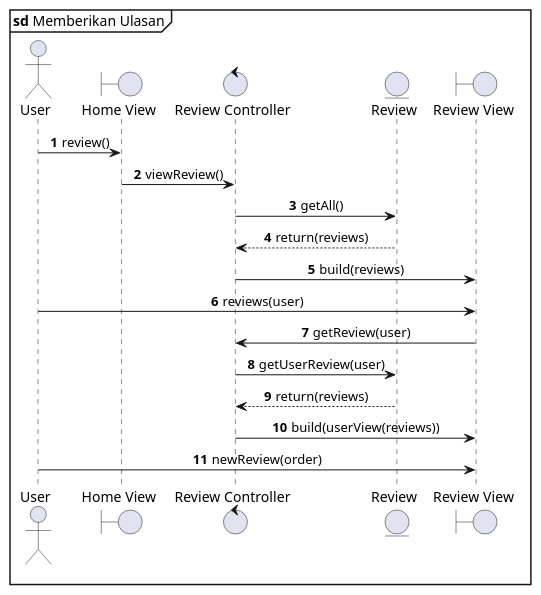
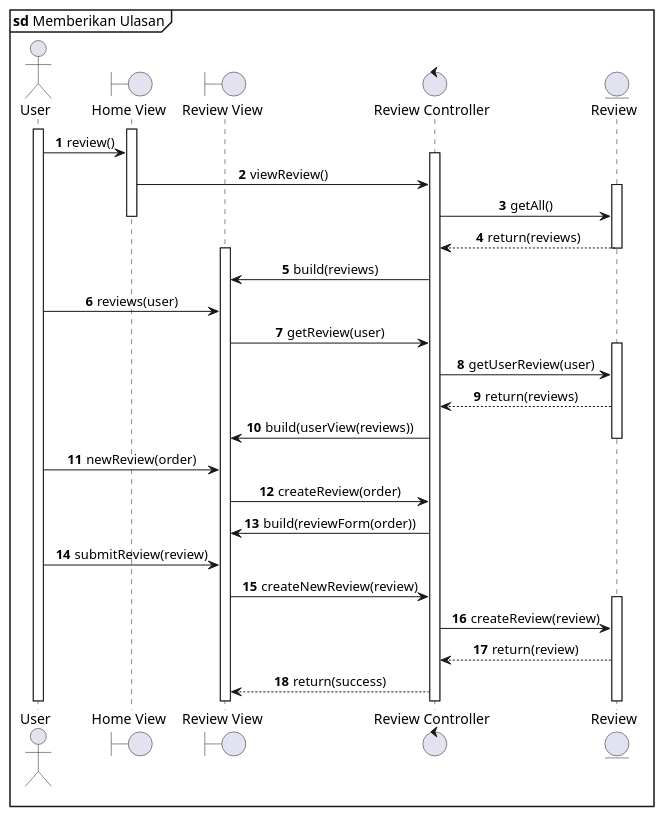
Before and after one commit to MF-Rozi/wisata-bumnag-TA: the diagram in mobile/Ulasan/give-ulasan.pu, drawn with PlantUML.

Commit message:
add: give-ulasan-sequence done

```diff
--- a/mobile/Ulasan/give-ulasan.pu
+++ b/mobile/Ulasan/give-ulasan.pu
@@ -1,37 +1,62 @@
 @startuml Memberikan Ulasan
 mainframe **sd** Memberikan Ulasan
 actor User
 boundary "Home View" as HomeView
+boundary "Review View" as ReviewView
 control "Review Controller" as ReviewController 
 entity Review as ReviewModel
-boundary "Review View" as ReviewView
-
 
 autonumber
 ' autoactivate on
 skinparam SequenceMessageAlignment center
 
+activate User
+activate HomeView
+
 User->HomeView: review()
+
+activate ReviewController
 HomeView->ReviewController: viewReview()
+
+
+activate ReviewModel
+
 ReviewController->ReviewModel: getAll()
+
+deactivate HomeView
+
 ReviewModel-->ReviewController: return(reviews)
+
+deactivate ReviewModel
+activate ReviewView
+
 ReviewController->ReviewView: build(reviews)
 User->ReviewView: reviews(user)
 ReviewView->ReviewController: getReview(user)
+activate ReviewModel
 ReviewController->ReviewModel: getUserReview(user)
 ReviewModel-->ReviewController: return(reviews)
 ReviewController->ReviewView: build(userView(reviews))
+deactivate ReviewModel
 User->ReviewView: newReview(order)
+ReviewView->ReviewController: createReview(order)
+ReviewController->ReviewView: build(reviewForm(order))
+User->ReviewView: submitReview(review)
+ReviewView->ReviewController: createNewReview(review)
+activate ReviewModel
+ReviewController->ReviewModel: createReview(review)
+ReviewModel-->ReviewController: return(review)
+ReviewController-->ReviewView: return(success)
 /'
 1.	Use case dimulai dengan aktor menekan tombol ulasan.
 2.	Halaman daftar ulasan tampil.
 3.	Aktor memilih menu ulasan saya.
 4.	Halaman ulasan saya tampil.
 5.	Aktor menekan tombol beri ulasan. >>sampai disini baru <<<<
 6.	Aktor mengisi form ulasan.
 7.	Aktor menekan tombol kirim ulasan.
 8.	Ulasan berhasil diberikan.
 '/
 
 
 @enduml
```
